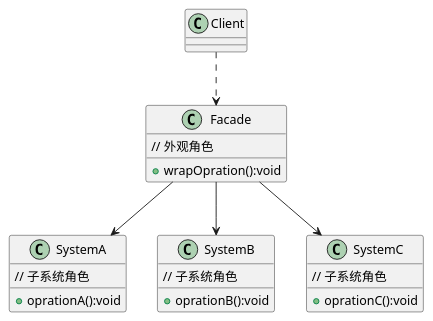
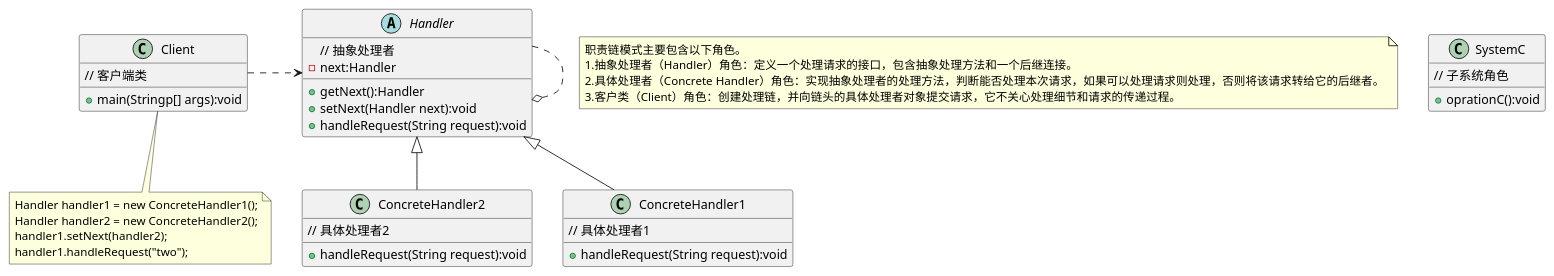
One commit to 1wang1/design-patterns changed the diagram in doc/行为型模式/责任链模式-类图(3分).puml. Above: the diagram before and after it, drawn with PlantUML. The commit also changed 1 other file, not shown here.

```diff
--- a/doc/行为型模式/责任链模式-类图(3分).puml
+++ b/doc/行为型模式/责任链模式-类图(3分).puml
@@ -1,31 +1,49 @@
 @startuml
+note as 责任链
+职责链模式主要包含以下角色。
+1.抽象处理者（Handler）角色：定义一个处理请求的接口，包含抽象处理方法和一个后继连接。
+2.具体处理者（Concrete Handler）角色：实现抽象处理者的处理方法，判断能否处理本次请求，如果可以处理请求则处理，否则将该请求转给它的后继者。
+3.客户类（Client）角色：创建处理链，并向链头的具体处理者对象提交请求，它不关心处理细节和请求的传递过程。
+end note
+class Client{
+// 客户端类
++ main(Stringp[] args):void
+}
+note as client
+Handler handler1 = new ConcreteHandler1();
+Handler handler2 = new ConcreteHandler2();
+handler1.setNext(handler2);
+handler1.handleRequest("two");
+end note
+client .up. Client
 
-class Client{
-}
-class Facade{
-// 外观角色
-+ wrapOpration():void
+abstract Handler{
+// 抽象处理者
+- next:Handler
++ getNext():Handler
++ setNext(Handler next):void
++ handleRequest(String request):void
 }
 
-class SystemA{
-// 子系统角色
-+ oprationA():void
+class ConcreteHandler1{
+// 具体处理者1
++ handleRequest(String request):void
 }
-class SystemB{
-// 子系统角色
-+ oprationB():void
+class ConcreteHandler2{
+// 具体处理者2
++ handleRequest(String request):void
 }
 
 class SystemC{
 // 子系统角色
 + oprationC():void
 }
 
-Client ..> Facade
-Facade --> SystemA
-Facade --> SystemB
-Facade --> SystemC
+Client .right.> Handler
+ConcreteHandler1 -up-|> Handler
+ConcreteHandler2 -up-|> Handler
+Handler ..o Handler
 
 
 
 @enduml
```
